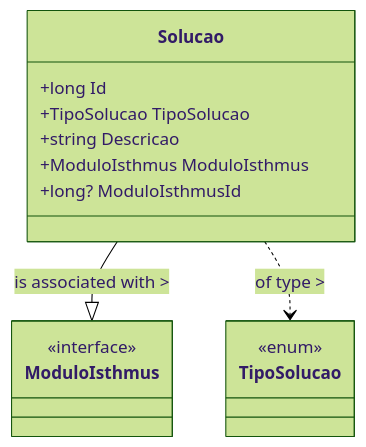
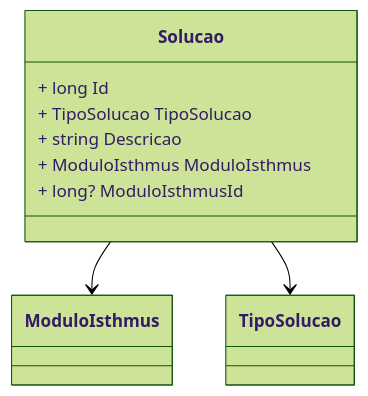
One commit to IsthmusSistemas/documentacao-tecnica changed the diagram in docs/b2b-dominio/IsthmusWinthor.Nucleo/IsthmusWinthor.Dominio/Entidades/Solucao.md. Above: the diagram before and after it, drawn with Mermaid (forest theme). The commit also changed other lines of this file and 882 other files, not shown here.

````diff
--- a/docs/b2b-dominio/IsthmusWinthor.Nucleo/IsthmusWinthor.Dominio/Entidades/Solucao.md
+++ b/docs/b2b-dominio/IsthmusWinthor.Nucleo/IsthmusWinthor.Dominio/Entidades/Solucao.md
@@ -26,19 +22,15 @@
 ```mermaid
 classDiagram
     class Solucao {
-        +long Id
-        +TipoSolucao TipoSolucao
-        +string Descricao
-        +ModuloIsthmus ModuloIsthmus
-        +long? ModuloIsthmusId
+        + long Id
+        + TipoSolucao TipoSolucao
+        + string Descricao
+        + ModuloIsthmus ModuloIsthmus
+        + long? ModuloIsthmusId
     }
-    class ModuloIsthmus {
-        <<interface>>
-    }
-    class TipoSolucao {
-        <<enum>>
-    }
+    class ModuloIsthmus
+    class TipoSolucao
     
-    Solucao --|> ModuloIsthmus : is associated with >
-    Solucao ..> TipoSolucao : of type >
+    Solucao --> ModuloIsthmus
+    Solucao --> TipoSolucao
 ```
````
